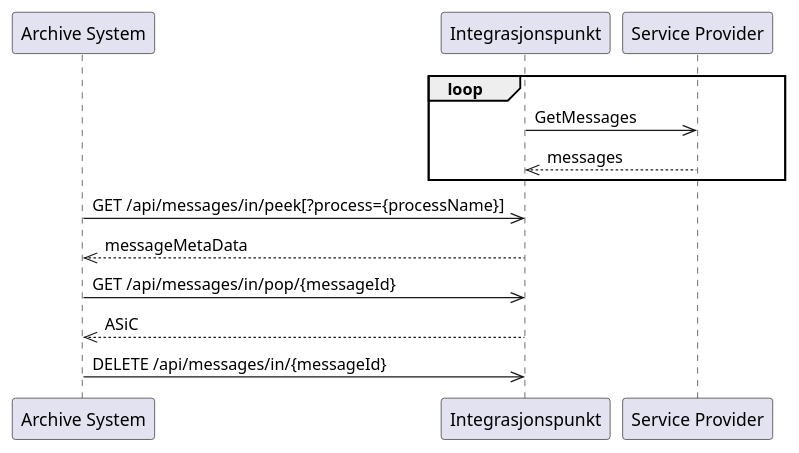
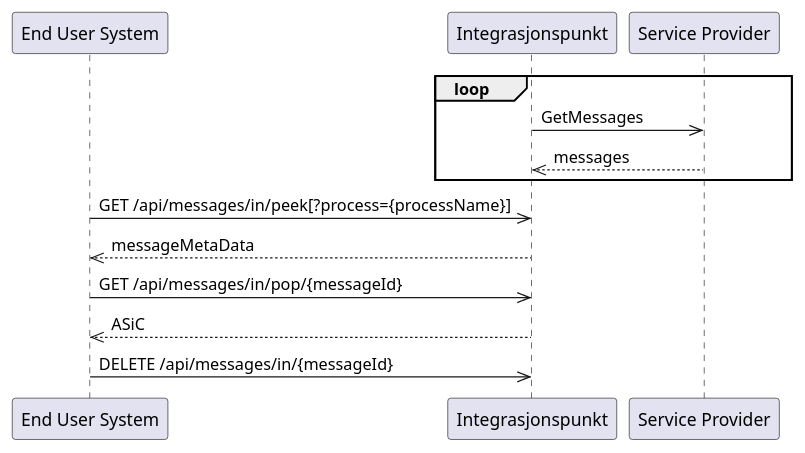
The diagram in integrasjonspunkt/src/main/asciidoc/messages-in.adoc (felleslosninger/efm-integrasjonspunkt), drawn with PlantUML before and after one commit. The commit also changed 1 other file, not shown here.

Commit message:
MOVE-1543 End User System...not Archive System

```diff
--- a/integrasjonspunkt/src/main/asciidoc/messages-in.adoc
+++ b/integrasjonspunkt/src/main/asciidoc/messages-in.adoc
@@ -9,17 +9,17 @@
 [plantuml,messages-in,png]
 ....
-    participant "Archive System" as fs
+    participant "End User System" as fs
     participant "Integrasjonspunkt" as ip
     participant "Service Provider" as mf
 
     loop
         ip->>mf: GetMessages
         mf-->>ip: messages
     end
 
     fs->>ip: GET /api/messages/in/peek[?process={processName}]
     ip-->>fs: messageMetaData
     fs->>ip: GET /api/messages/in/pop/{messageId}
     ip-->>fs: ASiC
     fs->>ip: DELETE /api/messages/in/{messageId}
 ....
```
